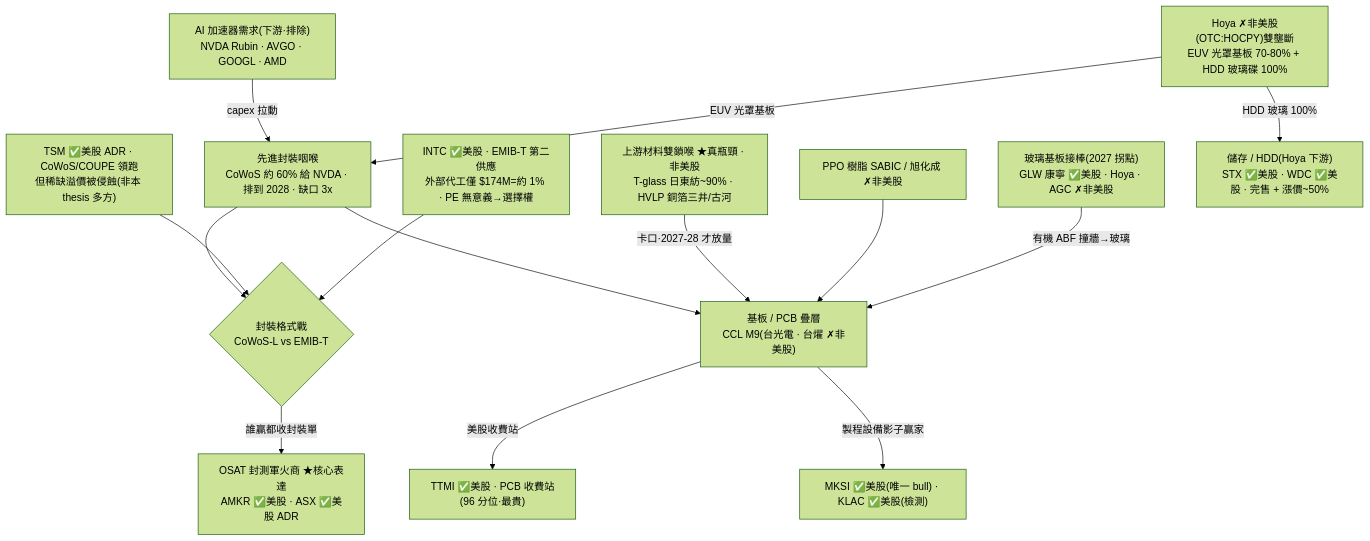
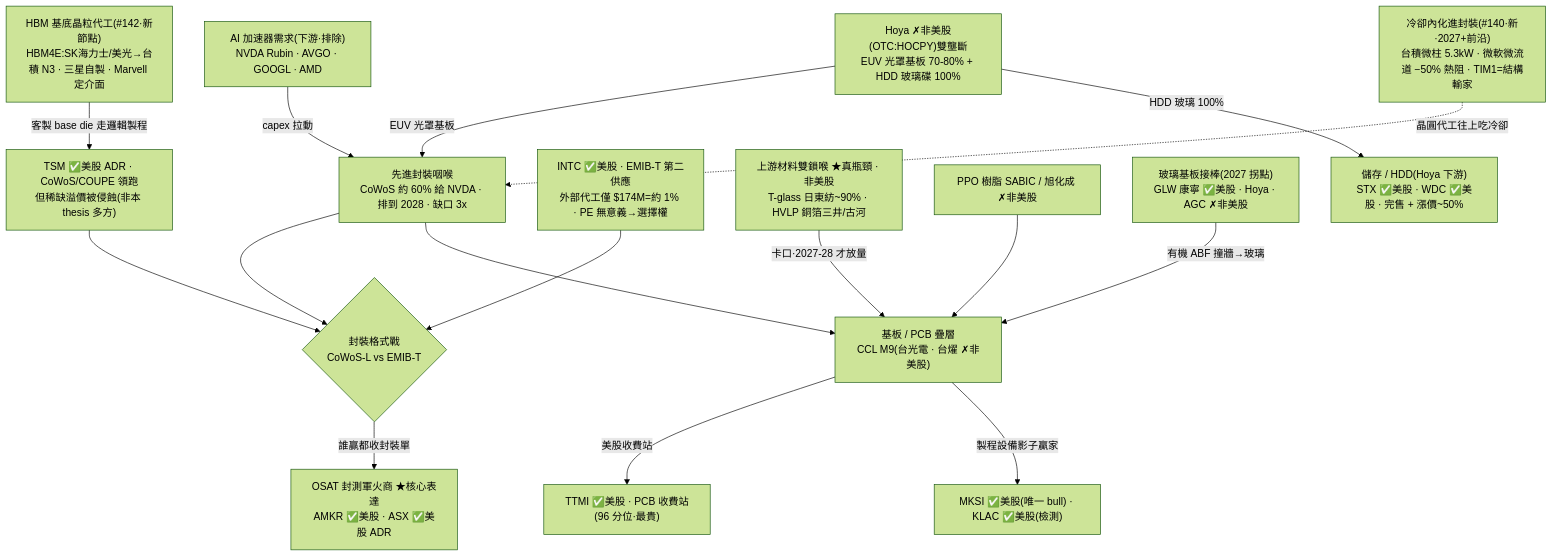
Before and after one commit to kkhcheng88/Karst: the diagram in thesis/wiki/advanced-packaging.md, drawn with Mermaid (forest theme). The commit also changed other lines of this file and 5 other files, not shown here.

````diff
--- a/thesis/wiki/advanced-packaging.md
+++ b/thesis/wiki/advanced-packaging.md
@@ -33,17 +33,19 @@
 ```mermaid
 flowchart TD
   DEM["AI 加速器需求(下游·排除)<br/>NVDA Rubin · AVGO · GOOGL · AMD"] -->|"capex 拉動"| PKG
   PKG["先進封裝咽喉<br/>CoWoS 約 60% 給 NVDA · 排到 2028 · 缺口 3x"] --> FMT
   FMT{"封裝格式戰<br/>CoWoS-L vs EMIB-T"}
   TSM["TSM ✅美股 ADR · CoWoS/COUPE 領跑<br/>但稀缺溢價被侵蝕(非本 thesis 多方)"] --> FMT
   INTC["INTC ✅美股 · EMIB-T 第二供應<br/>外部代工僅 $174M=約 1% · PE 無意義→選擇權"] --> FMT
   FMT -->|"誰贏都收封裝單"| OSAT["OSAT 封測軍火商 ★核心表達<br/>AMKR ✅美股 · ASX ✅美股 ADR"]
   PKG --> SUBS["基板 / PCB 疊層<br/>CCL M9(台光電 · 台燿 ✗非美股)"]
   SUBS -->|"美股收費站"| TTMI["TTMI ✅美股 · PCB 收費站(96 分位·最貴)"]
   SUBS -->|"製程設備影子贏家"| EQP["MKSI ✅美股(唯一 bull) · KLAC ✅美股(檢測)"]
   MAT["上游材料雙鎖喉 ★真瓶頸 · 非美股<br/>T-glass 日東紡~90% · HVLP 銅箔三井/古河"] -->|"卡口·2027-28 才放量"| SUBS
   RESIN["PPO 樹脂 SABIC / 旭化成 ✗非美股"] --> SUBS
   GLASS["玻璃基板接棒(2027 拐點)<br/>GLW 康寧 ✅美股 · Hoya · AGC ✗非美股"] -->|"有機 ABF 撞牆→玻璃"| SUBS
   HOYA["Hoya ✗非美股(OTC:HOCPY)雙壟斷<br/>EUV 光罩基板 70-80% + HDD 玻璃碟 100%"] -->|"EUV 光罩基板"| PKG
   HOYA -->|"HDD 玻璃 100%"| STOR["儲存 / HDD(Hoya 下游)<br/>STX ✅美股 · WDC ✅美股 · 完售 + 漲價~50%"]
+  HBMBASE["HBM 基底晶粒代工(#142·新節點)<br/>HBM4E:SK海力士/美光→台積 N3 · 三星自製 · Marvell 定介面"] -->|"客製 base die 走邏輯製程"| TSM
+  COOL["冷卻內化進封裝(#140·新·2027+前沿)<br/>台積微柱 5.3kW · 微軟微流道 −50% 熱阻 · TIM1=結構輸家"] -.->|"晶圓代工往上吃冷卻"| PKG
 ```
````
